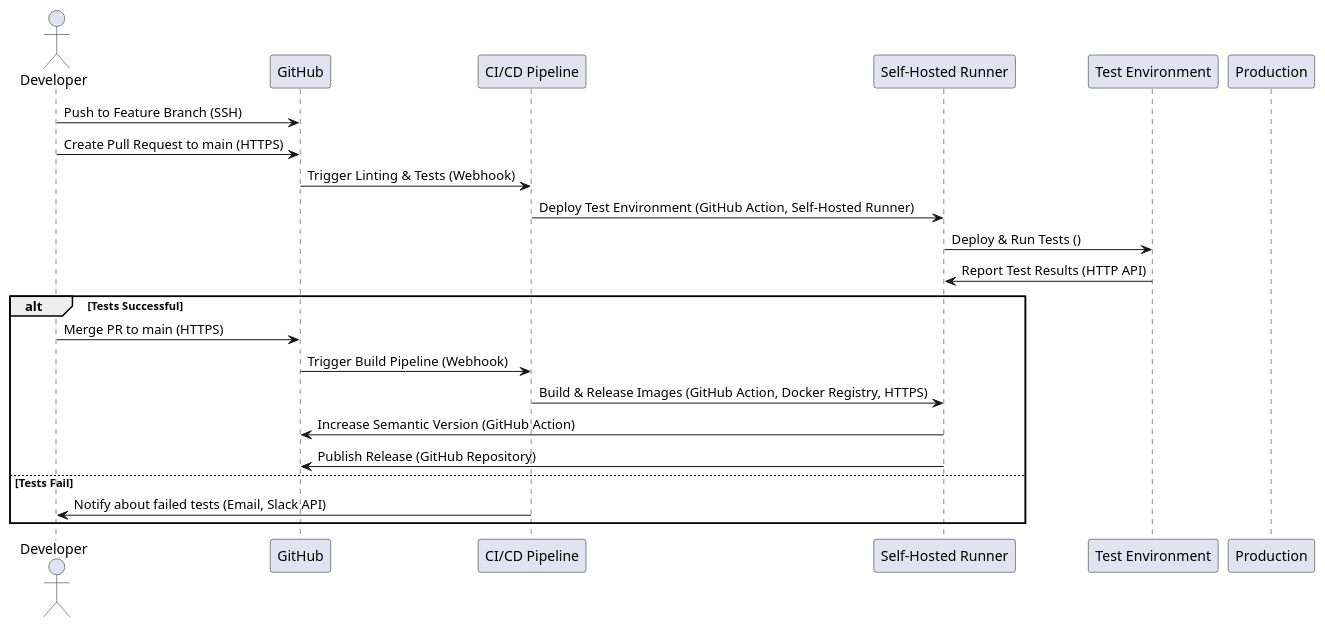
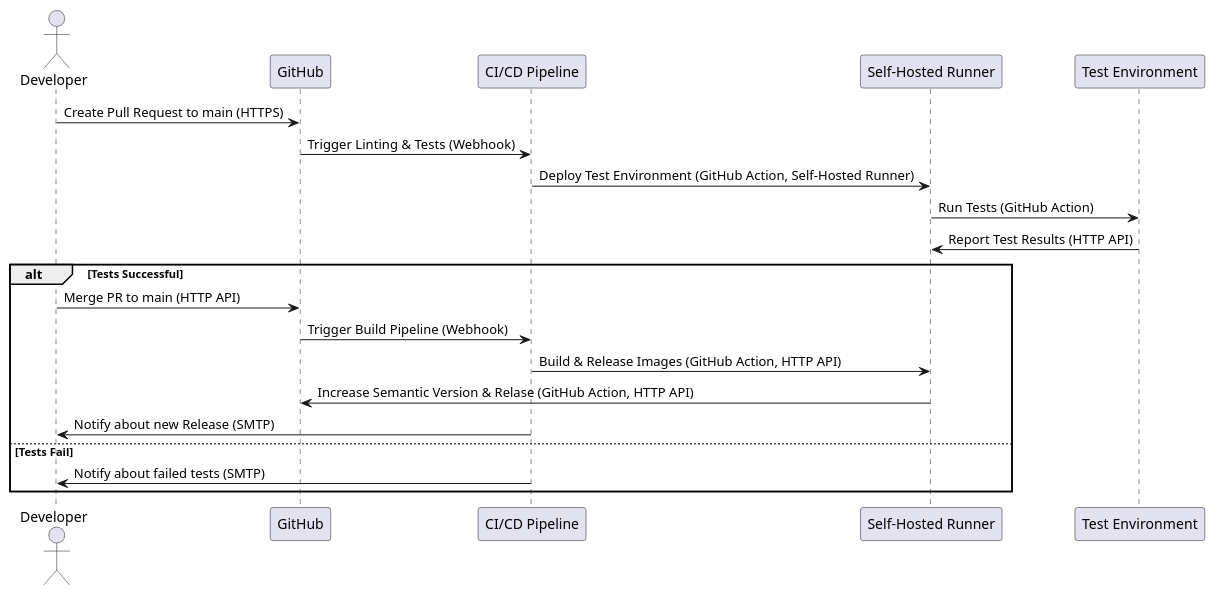
Before and after one commit to GlitchDevX/Custos: the diagram in uml/pipeline.puml, drawn with PlantUML.

Commit message:
added pipeline diagram

```diff
--- a/uml/pipeline.puml
+++ b/uml/pipeline.puml
@@ -1,26 +1,24 @@
 @startuml pipelineuml
 actor Developer
 participant "GitHub" as GH
 participant "CI/CD Pipeline" as CI
 participant "Self-Hosted Runner" as Runner
 participant "Test Environment" as TestEnv
-participant "Production" as Prod
 
-Developer -> GH: Push to Feature Branch (SSH)
 Developer -> GH: Create Pull Request to main (HTTPS)
 GH -> CI: Trigger Linting & Tests (Webhook)
 CI -> Runner: Deploy Test Environment (GitHub Action, Self-Hosted Runner)
-Runner -> TestEnv: Deploy & Run Tests ()
+Runner -> TestEnv: Run Tests (GitHub Action)
 TestEnv -> Runner: Report Test Results (HTTP API)
 
 alt Tests Successful
-    Developer -> GH: Merge PR to main (HTTPS)
+    Developer -> GH: Merge PR to main (HTTP API)
     GH -> CI: Trigger Build Pipeline (Webhook)
-    CI -> Runner: Build & Release Images (GitHub Action, Docker Registry, HTTPS)
-    Runner -> GH: Increase Semantic Version (GitHub Action)
-    Runner -> GH: Publish Release (GitHub Repository)
+    CI -> Runner: Build & Release Images (GitHub Action, HTTP API)
+    Runner -> GH: Increase Semantic Version & Relase (GitHub Action, HTTP API)
+    CI -> Developer: Notify about new Release (SMTP)
 else Tests Fail
-    CI -> Developer: Notify about failed tests (Email, Slack API)
+    CI -> Developer: Notify about failed tests (SMTP)
 end
 
 @enduml
```
